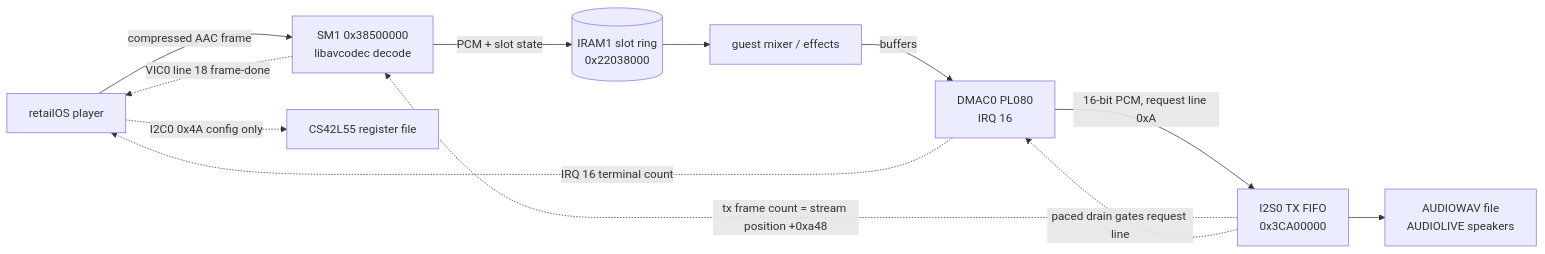
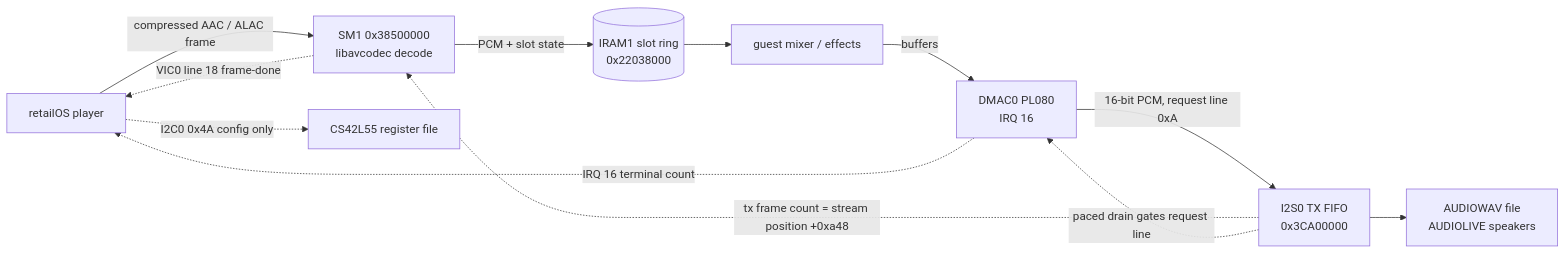
Before and after one commit to joelheaps/qemu-ipod-classic: the first of 2 diagrams in hw/arm/ipod_classic/README.md, drawn with Mermaid. The commit also changed other lines of this file and 5 other files, not shown here.

````diff
--- a/hw/arm/ipod_classic/README.md
+++ b/hw/arm/ipod_classic/README.md
@@ -112,14 +112,14 @@
 ```mermaid
 flowchart LR
-    G[retailOS player] -->|compressed AAC frame| SM1["SM1 0x38500000<br/>libavcodec decode"]
+    G[retailOS player] -->|compressed AAC / ALAC frame| SM1["SM1 0x38500000<br/>libavcodec decode"]
     SM1 -->|PCM + slot state| RING[(IRAM1 slot ring<br/>0x22038000)]
     RING --> MIX[guest mixer / effects]
     MIX -->|buffers| DMA["DMAC0 PL080<br/>IRQ 16"]
     DMA -->|16-bit PCM, request line 0xA| I2S["I2S0 TX FIFO<br/>0x3CA00000"]
     I2S --> OUT["AUDIOWAV file<br/>AUDIOLIVE speakers"]
     I2S -.->|tx frame count = stream position +0xa48| SM1
     I2S -.->|paced drain gates request line| DMA
     SM1 -.->|VIC0 line 18 frame-done| G
     DMA -.->|IRQ 16 terminal count| G
     G -.->|I2C0 0x4A config only| CODEC[CS42L55 register file]
 ```
````
